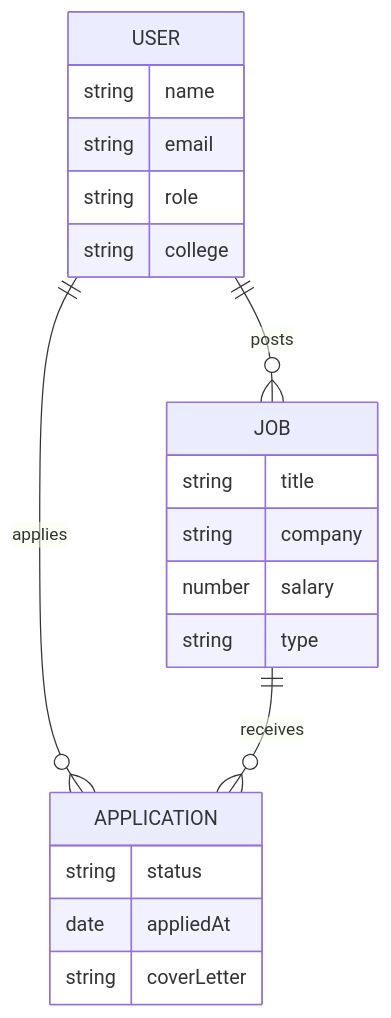
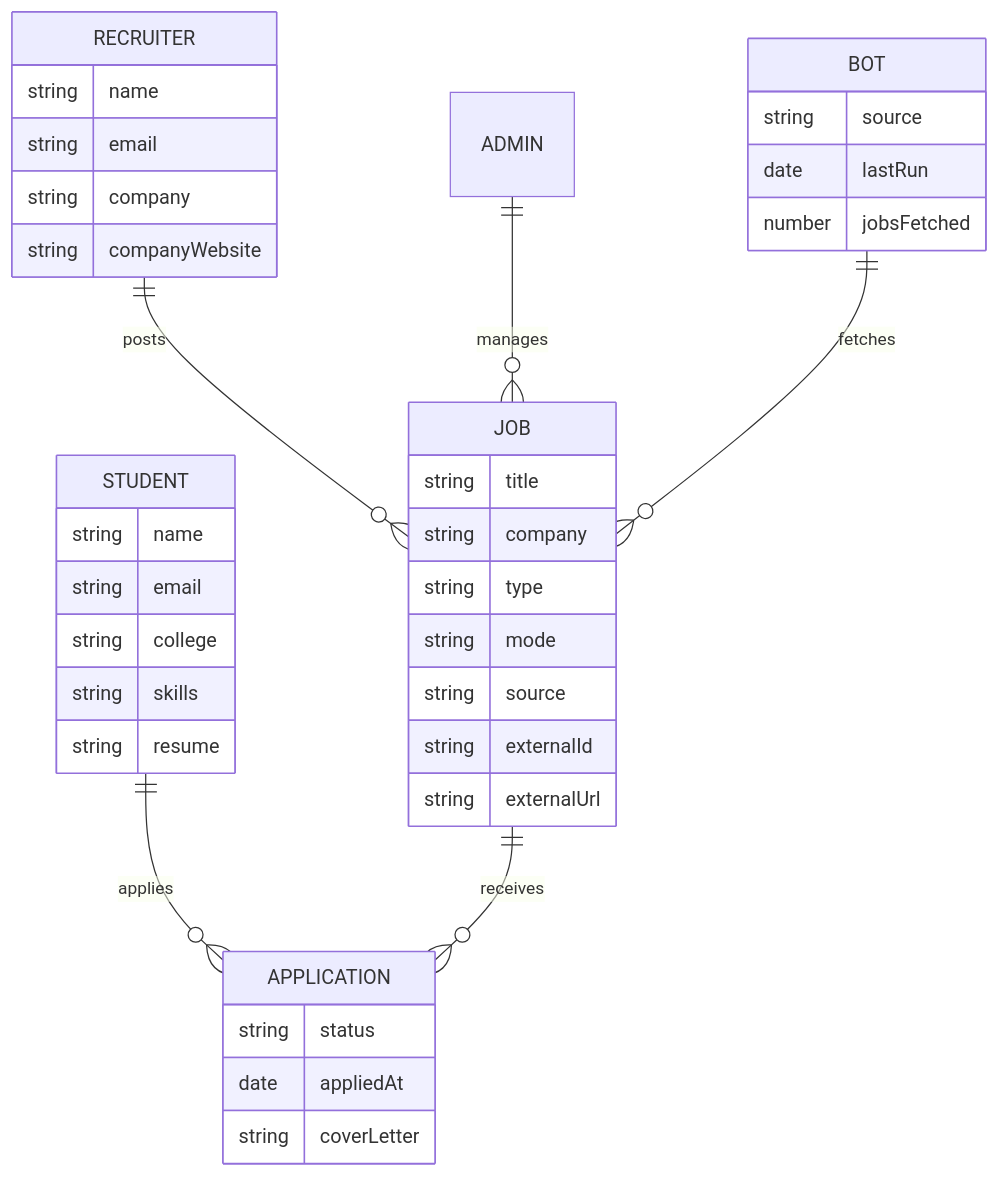
Before and after one commit to soumik2441139/hackathon: the fourth of 5 diagrams in README.md, drawn with Mermaid. The commit also changed other lines of this file and 25 other files, not shown here.

Commit message:
chore: project cleanup — remove 14 junk files, organize logs, comprehensive READMEs with mermaid diagrams

````diff
--- a/README.md
+++ b/README.md
@@ -125,24 +130,41 @@
 ```mermaid
 erDiagram
-    USER ||--o{ JOB : posts
-    USER ||--o{ APPLICATION : applies
+    STUDENT ||--o{ APPLICATION : applies
+    RECRUITER ||--o{ JOB : posts
+    ADMIN ||--o{ JOB : manages
     JOB ||--o{ APPLICATION : receives
+    BOT ||--o{ JOB : fetches
     
-    USER {
+    STUDENT {
         string name
         string email
-        string role
         string college
+        string skills
+        string resume
+    }
+    RECRUITER {
+        string name
+        string email
+        string company
+        string companyWebsite
     }
     JOB {
         string title
         string company
-        number salary
         string type
+        string mode
+        string source
+        string externalId
+        string externalUrl
     }
     APPLICATION {
         string status
         date appliedAt
         string coverLetter
     }
+    BOT {
+        string source
+        date lastRun
+        number jobsFetched
+    }
 ```
````
